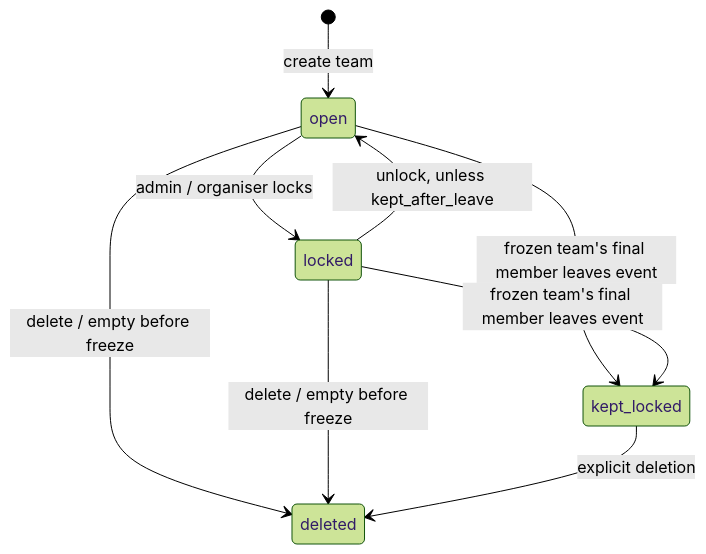
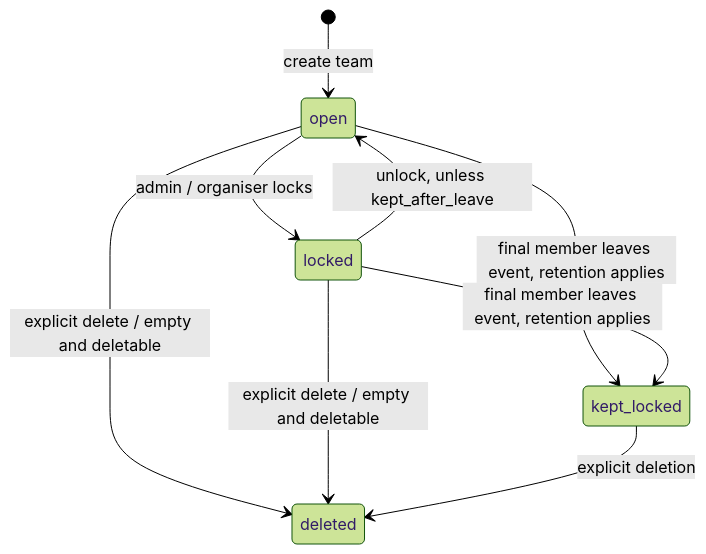
Before and after one commit to vineetu/simple-host: the third of 6 diagrams in docs/architecture/hack-domain.md, drawn with Mermaid (forest theme). The commit also changed other lines of this file, not shown here.

Commit message:
docs: correct Hack retention permissions and deletion boundaries

````diff
--- a/docs/architecture/hack-domain.md
+++ b/docs/architecture/hack-domain.md
@@ -124,11 +124,11 @@
 ```mermaid
 stateDiagram-v2
     [*] --> open: create team
     open --> locked: admin / organiser locks
     locked --> open: unlock, unless kept_after_leave
-    open --> deleted: delete / empty before freeze
-    locked --> deleted: delete / empty before freeze
-    open --> kept_locked: frozen team's final member leaves event
-    locked --> kept_locked: frozen team's final member leaves event
+    open --> deleted: explicit delete / empty and deletable
+    locked --> deleted: explicit delete / empty and deletable
+    open --> kept_locked: final member leaves event, retention applies
+    locked --> kept_locked: final member leaves event, retention applies
     kept_locked --> deleted: explicit deletion
 ```
````
